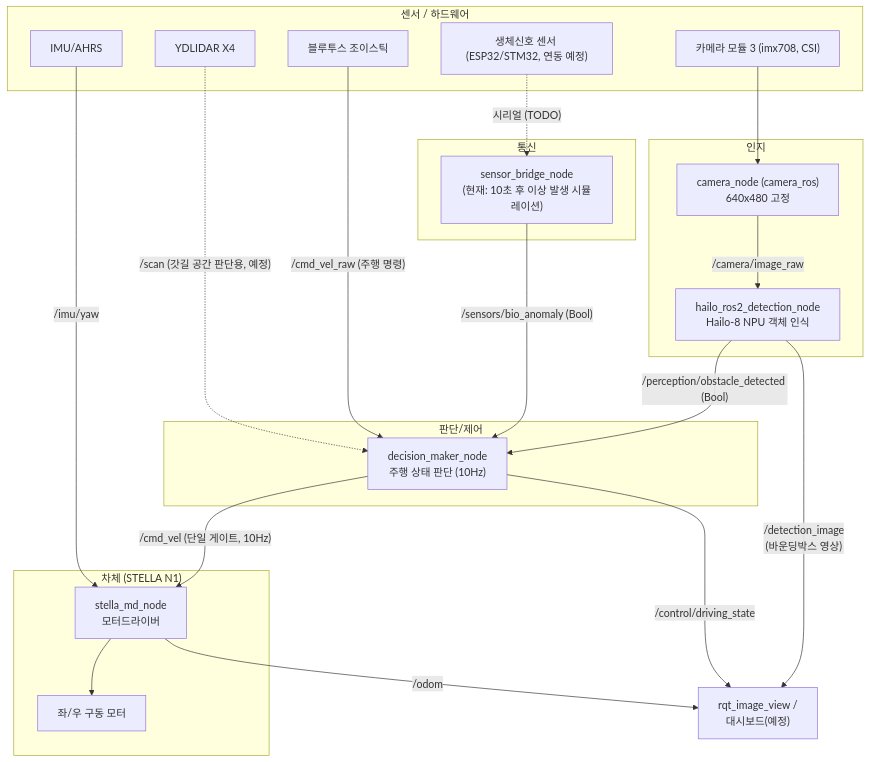
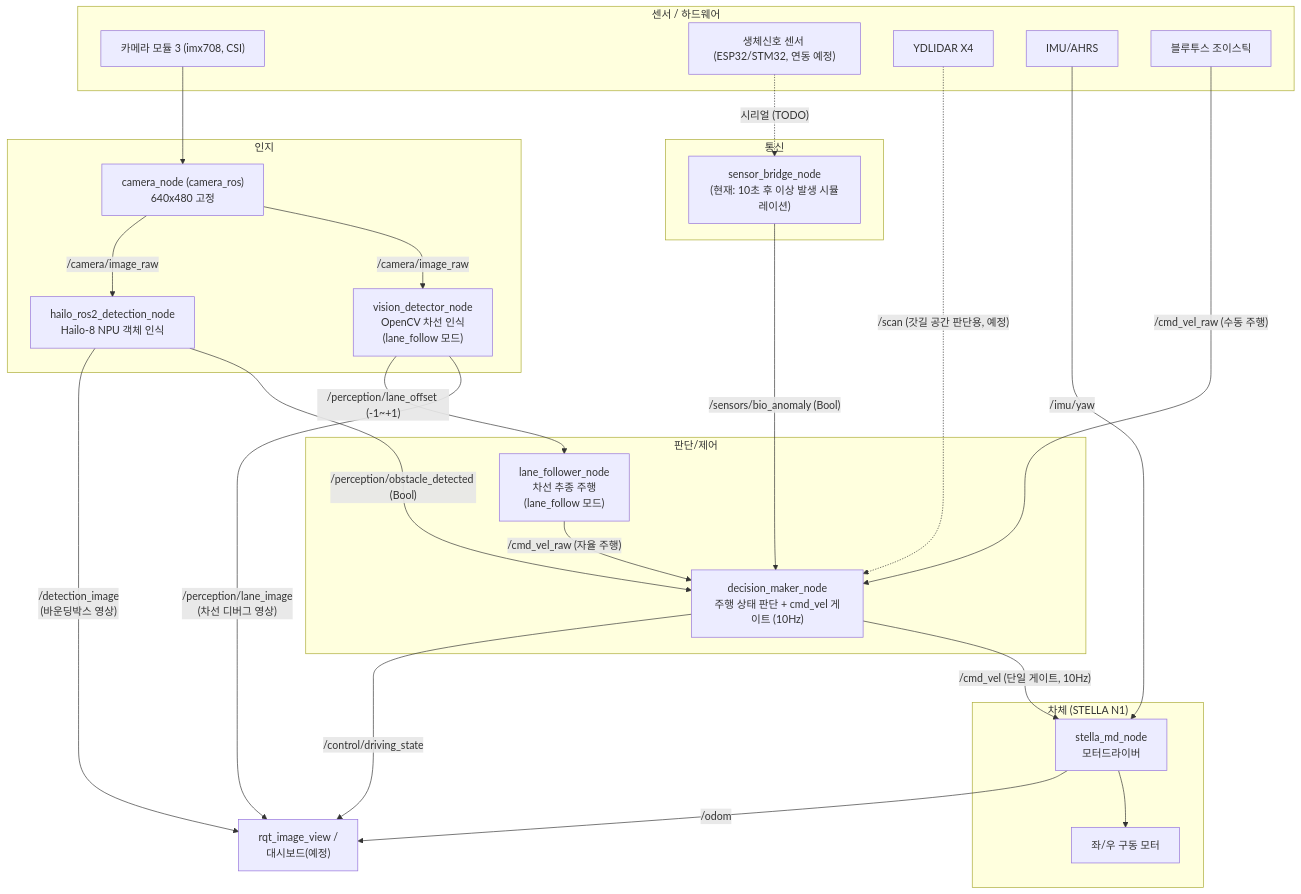
Before and after one commit to seungwp/2026_CDP: the first of 2 diagrams in README.md, drawn with Mermaid. The commit also changed other lines of this file and 6 other files, not shown here.

````diff
--- a/README.md
+++ b/README.md
@@ -33,42 +33,48 @@
 ```mermaid
 flowchart TD
     subgraph HW["센서 / 하드웨어"]
         CAM["카메라 모듈 3 (imx708, CSI)"]
         BIOHW["생체신호 센서 (ESP32/STM32, 연동 예정)"]
         LIDAR["YDLIDAR X4"]
         IMU["IMU/AHRS"]
         JOY["블루투스 조이스틱"]
     end
 
     subgraph PERCEPTION["인지"]
         CAMNODE["camera_node (camera_ros)<br/>640x480 고정"]
         HAILO["hailo_ros2_detection_node<br/>Hailo-8 NPU 객체 인식"]
+        VD["vision_detector_node<br/>OpenCV 차선 인식<br/>(lane_follow 모드)"]
     end
 
     subgraph COMMS["통신"]
         BRIDGE["sensor_bridge_node<br/>(현재: 10초 후 이상 발생 시뮬레이션)"]
     end
 
     subgraph CONTROL["판단/제어"]
-        DM["decision_maker_node<br/>주행 상태 판단 (10Hz)"]
+        DM["decision_maker_node<br/>주행 상태 판단 + cmd_vel 게이트 (10Hz)"]
+        LF["lane_follower_node<br/>차선 추종 주행<br/>(lane_follow 모드)"]
     end
 
     subgraph BASE["차체 (STELLA N1)"]
         MD["stella_md_node<br/>모터드라이버"]
         MOTOR["좌/우 구동 모터"]
     end
 
     CAM --> CAMNODE
     CAMNODE -- "/camera/image_raw" --> HAILO
     HAILO -- "/detection_image<br/>(바운딩박스 영상)" --> VIEW["rqt_image_view /<br/>대시보드(예정)"]
     HAILO -- "/perception/obstacle_detected (Bool)" --> DM
     BIOHW -. "시리얼 (TODO)" .-> BRIDGE
     BRIDGE -- "/sensors/bio_anomaly (Bool)" --> DM
     DM -- "/control/driving_state" --> VIEW
-    JOY -- "/cmd_vel_raw (주행 명령)" --> DM
+    CAMNODE -- "/camera/image_raw" --> VD
+    VD -- "/perception/lane_offset (-1~+1)" --> LF
+    VD -- "/perception/lane_image<br/>(차선 디버그 영상)" --> VIEW
+    LF -- "/cmd_vel_raw (자율 주행)" --> DM
+    JOY -- "/cmd_vel_raw (수동 주행)" --> DM
     DM -- "/cmd_vel (단일 게이트, 10Hz)" --> MD
     LIDAR -. "/scan (갓길 공간 판단용, 예정)" .-> DM
     IMU -- "/imu/yaw" --> MD
     MD -- "/odom" --> VIEW
     MD --> MOTOR
 ```
````
